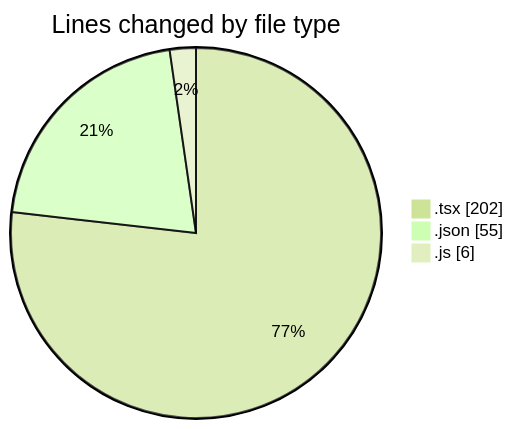
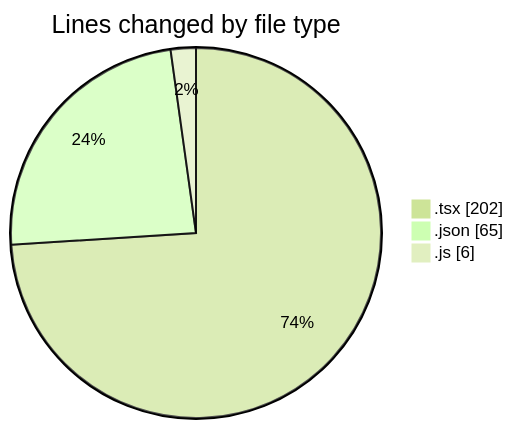
One commit to IJAZ3593/code-tracking changed the first of 2 diagrams in 2025-10-25/ai/README.md. Above: the diagram before and after it, drawn with Mermaid (forest theme). The commit also changed other lines of this file and 1 other file, not shown here.

````diff
--- a/2025-10-25/ai/README.md
+++ b/2025-10-25/ai/README.md
@@ -23,7 +23,7 @@
 ```mermaid
 pie showData
 title Lines changed by file type
 ".tsx" : 202
-".json" : 55
+".json" : 65
 ".js" : 6
 ```
````
